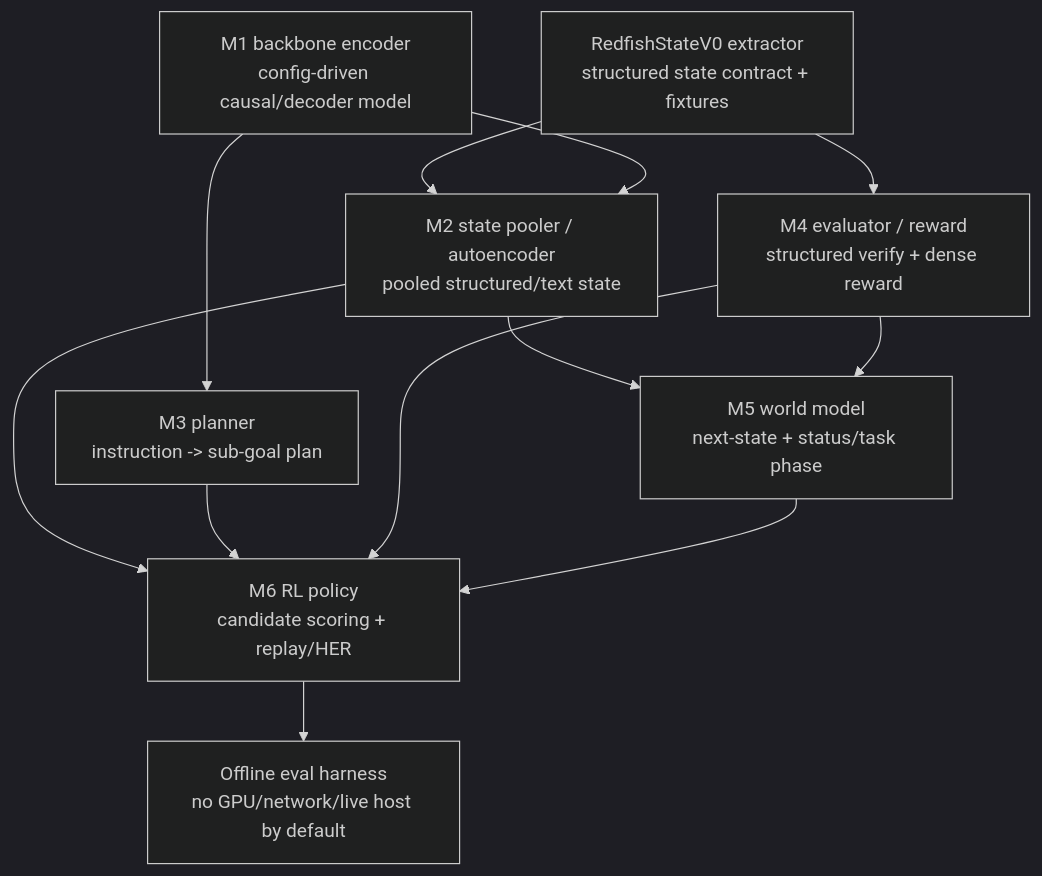
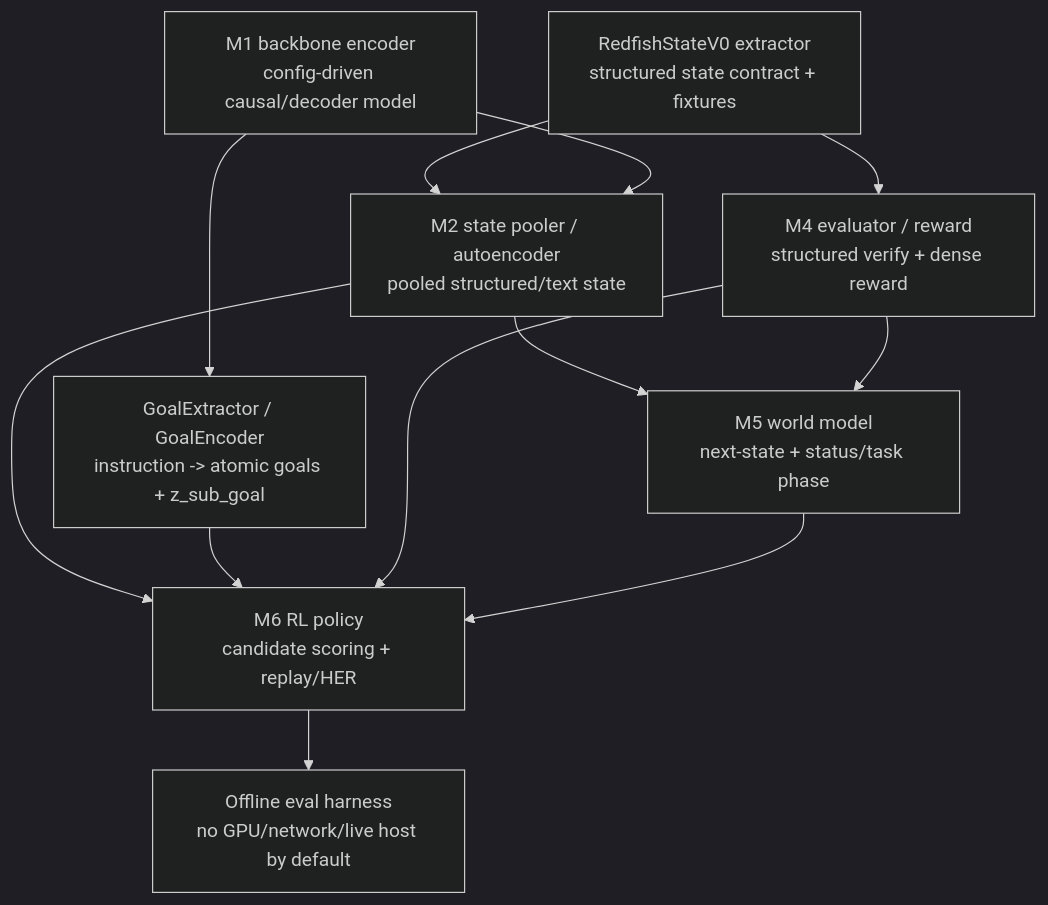
The third of 8 diagrams in docs/ARCHITECTURE.md (spyroot/igc), drawn with Mermaid (dark theme) before and after one commit. The commit also changed other lines of this file and 32 other files, not shown here.

````diff
--- a/docs/ARCHITECTURE.md
+++ b/docs/ARCHITECTURE.md
@@ -91,23 +91,23 @@
 ```mermaid
 flowchart TD
     M1["M1 backbone encoder\nconfig-driven causal/decoder model"]
     S0["RedfishStateV0 extractor\nstructured state contract + fixtures"]
     M2["M2 state pooler / autoencoder\npooled structured/text state"]
-    M3["M3 planner\ninstruction -> sub-goal plan"]
+    GE["GoalExtractor / GoalEncoder\ninstruction -> atomic goals + z_sub_goal"]
     M4["M4 evaluator / reward\nstructured verify + dense reward"]
     M5["M5 world model\nnext-state + status/task phase"]
     M6["M6 RL policy\ncandidate scoring + replay/HER"]
     Gate["Offline eval harness\nno GPU/network/live host by default"]
 
     S0 --> M2
     M1 --> M2
-    M1 --> M3
+    M1 --> GE
     S0 --> M4
     M2 --> M5
     M4 --> M5
     M2 --> M6
-    M3 --> M6
+    GE --> M6
     M4 --> M6
     M5 --> M6
     M6 --> Gate
 ```
````
